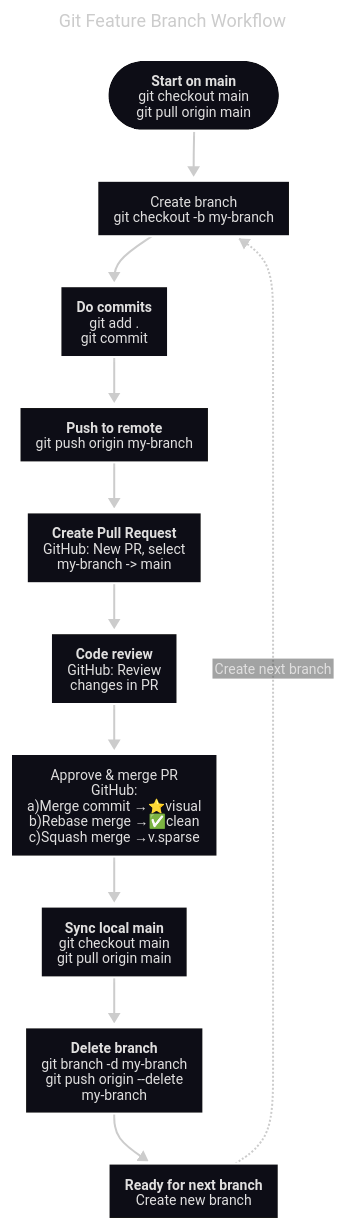
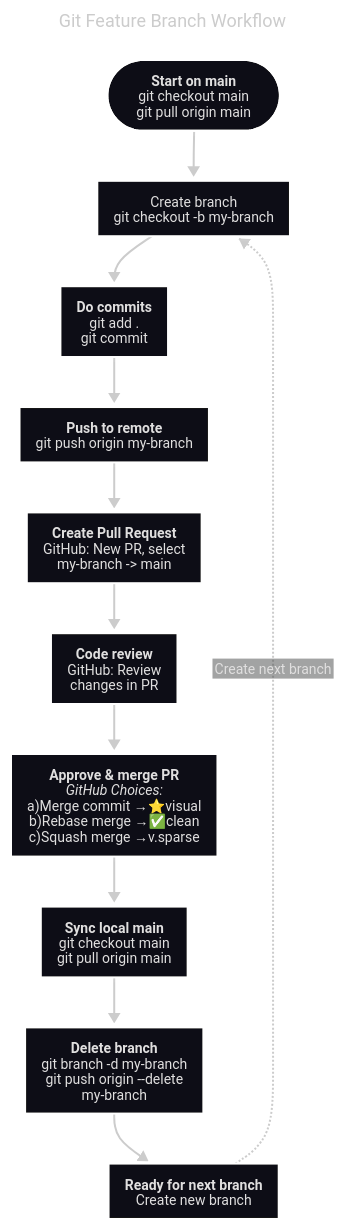
Before and after one commit to michellepace/markdown-pretty-app: the third of 3 diagrams in test-mermaid.md, drawn with Mermaid.

````diff
--- a/test-mermaid.md
+++ b/test-mermaid.md
@@ -53,40 +53,40 @@
 ```mermaid
 ---
 title: Git Feature Branch Workflow
 config:
   look: neo
   layout: dagre
   theme: redux-dark
   htmlLabels: false
 ---
 flowchart TD
     START(["`**Start on main**
     git checkout main
     git pull origin main`"]) --> CREATE["`Create branch
     git checkout -b my-branch`"]
     CREATE --> WORK["`**Do commits**
     git add .
      git commit`"]
     WORK --> PUSH["`**Push to remote**
     git push origin my-branch`"]
     PUSH --> PR["`**Create Pull Request**
     GitHub: New PR, select
     my-branch -> main`"]
     PR --> REVIEW["`**Code review**
     GitHub: Review
     changes in PR`"]
-    REVIEW --> APPROVE["`Approve & merge PR
-    GitHub:
+    REVIEW --> APPROVE["`**Approve & merge PR**
+    *GitHub Choices:*
     a)Merge commit →⭐visual
     b)Rebase merge →✅clean
     c)Squash merge →v.sparse`"]
     APPROVE --> SYNC["`**Sync local main**
     git checkout main
     git pull origin main`"]
     SYNC --> CLEANUP["`**Delete branch**
     git branch -d my-branch
     git push origin --delete my-branch`"]
     CLEANUP --> NEXT["`**Ready for next branch**
     Create new branch`"]
     NEXT -.-> |Create next branch| CREATE
 ```
````
